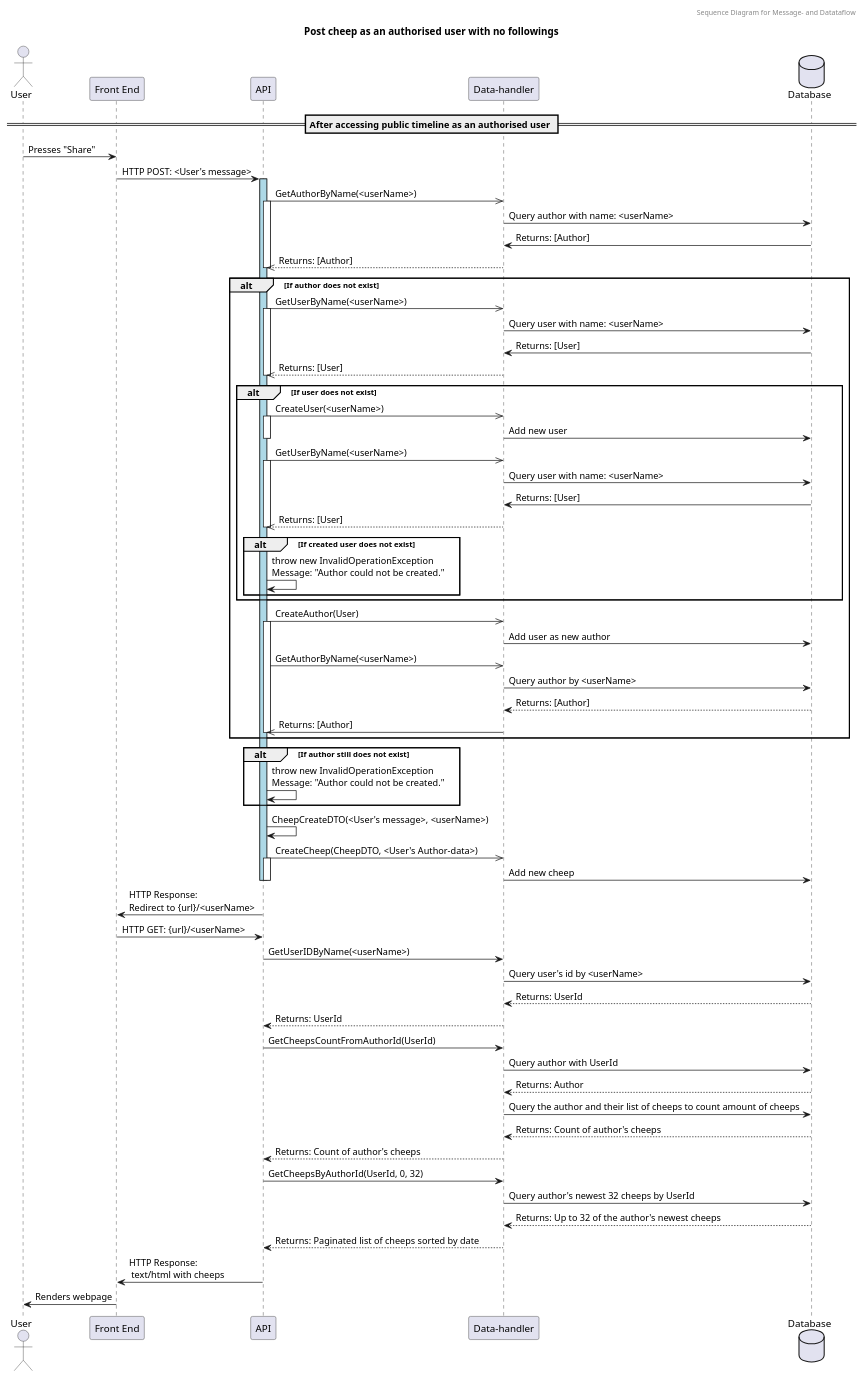
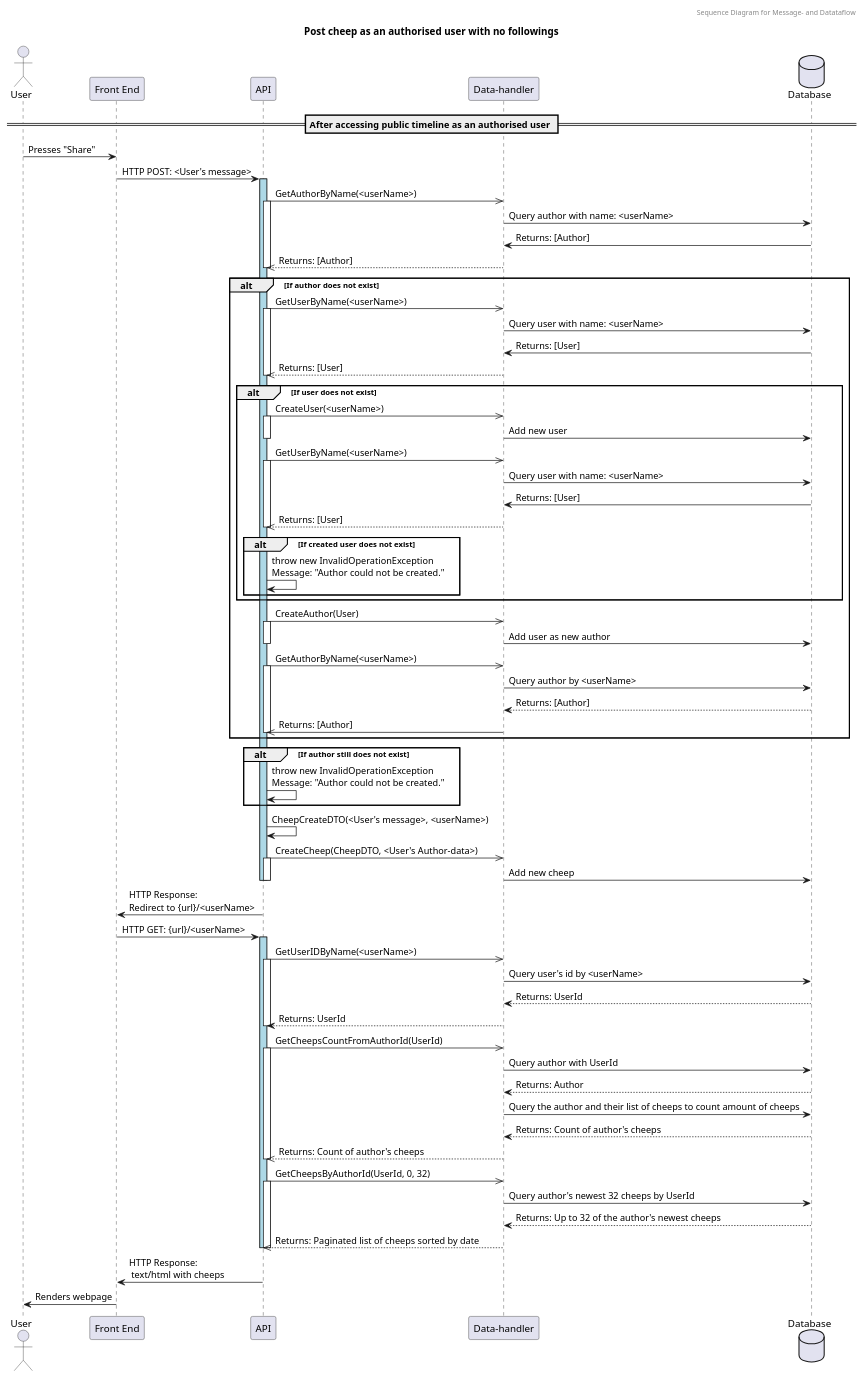
One commit to ITU-BDSA23-GROUP10/Chirp changed the diagram in docs/report_diagrams/UML_sequence_diagrams/msg_data_flow_seq_diagrams/publictimeline_authorised_postcheep_UML_seq.puml. Above: the diagram before and after it, drawn with PlantUML. The commit also changed 1 other file, not shown here.

```diff
--- a/docs/report_diagrams/UML_sequence_diagrams/msg_data_flow_seq_diagrams/publictimeline_authorised_postcheep_UML_seq.puml
+++ b/docs/report_diagrams/UML_sequence_diagrams/msg_data_flow_seq_diagrams/publictimeline_authorised_postcheep_UML_seq.puml
@@ -1,88 +1,97 @@
 @startuml
 
 header Sequence Diagram for Message- and Datataflow
 Title Post cheep as an authorised user with no followings
 
 actor "User" as Us
 participant "Front End" as Fe
 participant "API" as Api
 participant "Data-handler" as Dh
 database "Database" as Db
 
 == After accessing public timeline as an authorised user ==
 Us -> Fe: Presses "Share"
 Fe -> Api: HTTP POST: <User's message>
 
 Activate Api #LightBlue 
     Api ->> Dh: GetAuthorByName(<userName>)
     Activate Api
         Dh -> Db: Query author with name: <userName>
         Db -> Dh: Returns: [Author]
         Dh -->> Api: Returns: [Author]
     Deactivate Api
 
     alt If author does not exist
         Api ->> Dh: GetUserByName(<userName>)
         Activate Api
             Dh -> Db: Query user with name: <userName>
             Db -> Dh: Returns: [User]
             Dh -->> Api: Returns: [User]
         Deactivate Api
 
         alt If user does not exist
             Api ->> Dh: CreateUser(<userName>)
             Activate Api
                 Dh -> Db: Add new user
             Deactivate Api
             Api ->> Dh: GetUserByName(<userName>)
             Activate Api
                 Dh -> Db: Query user with name: <userName>
                 Db -> Dh: Returns: [User]
                 Dh -->> Api: Returns: [User]
             Deactivate Api
             alt If created user does not exist
                 Api -> Api: throw new InvalidOperationException\nMessage: "Author could not be created."
             end
         end
         Api ->> Dh: CreateAuthor(User)
         Activate Api
             Dh -> Db: Add user as new author
-            Api ->> Dh: GetAuthorByName(<userName>)
+        Deactivate Api
+        Api ->> Dh: GetAuthorByName(<userName>)
+        Activate Api
             Dh -> Db: Query author by <userName>
             Db --> Dh: Returns: [Author]
             Dh ->> Api: Returns: [Author]
         Deactivate Api
     end
     alt If author still does not exist
         Api -> Api: throw new InvalidOperationException\nMessage: "Author could not be created."
     end
 
     Api -> Api: CheepCreateDTO(<User's message>, <userName>)
     Api ->> Dh: CreateCheep(CheepDTO, <User's Author-data>)
     Activate Api
         Dh -> Db: Add new cheep
     Deactivate Api
 Deactivate Api
 
 Api -> Fe: HTTP Response:\nRedirect to {url}/<userName>
 Fe -> Api: HTTP GET: {url}/<userName>
 
-Api -> Dh: GetUserIDByName(<userName>)
-Dh -> Db: Query user's id by <userName>
-Return Returns: UserId
-Dh --> Api: Returns: UserId
-
-Api -> Dh: GetCheepsCountFromAuthorId(UserId)
-Dh -> Db: Query author with UserId
-Return Returns: Author
-Dh -> Db: Query the author and their list of cheeps to count amount of cheeps
-Return Returns: Count of author's cheeps
-Dh --> Api: Returns: Count of author's cheeps
-Api -> Dh: GetCheepsByAuthorId(UserId, 0, 32)
-Dh -> Db: Query author's newest 32 cheeps by UserId
-Return Returns: Up to 32 of the author's newest cheeps
-Dh --> Api: Returns: Paginated list of cheeps sorted by date
+Activate Api #LightBlue
+    Api ->> Dh: GetUserIDByName(<userName>)
+    Activate Api
+        Dh -> Db: Query user's id by <userName>
+        Db --> Dh: Returns: UserId
+        Dh --> Api: Returns: UserId
+    Deactivate Api
+    Api ->> Dh: GetCheepsCountFromAuthorId(UserId)
+    Activate Api
+        Dh -> Db: Query author with UserId
+        Db --> Dh: Returns: Author
+        Dh -> Db: Query the author and their list of cheeps to count amount of cheeps
+        Db --> Dh: Returns: Count of author's cheeps
+        Dh -->> Api: Returns: Count of author's cheeps
+    Deactivate Api
+    Api ->> Dh: GetCheepsByAuthorId(UserId, 0, 32)
+    Activate Api
+        Dh -> Db: Query author's newest 32 cheeps by UserId
+        Db --> Dh: Returns: Up to 32 of the author's newest cheeps
+        Dh -->> Api: Returns: Paginated list of cheeps sorted by date
+    Deactivate Api
+Deactivate Api
 
 Api -> Fe: HTTP Response:\n text/html with cheeps
 Fe -> Us: Renders webpage
 @enduml
```
